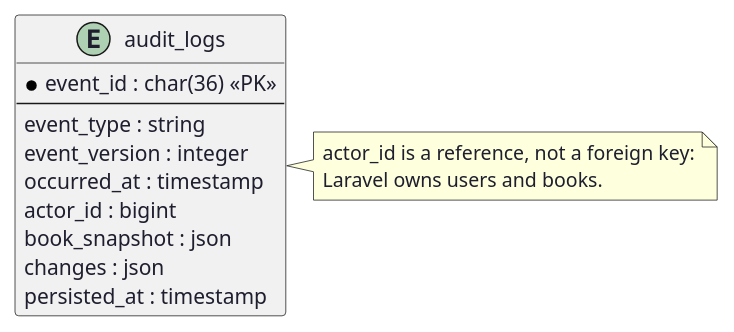
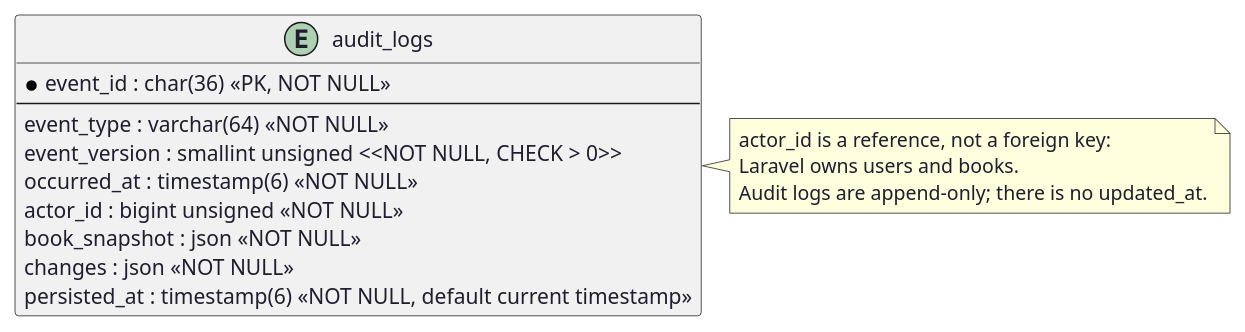
One commit to gdpe-franco/book-management-system changed the fourth of 4 diagrams in ARCHITECTURE.md. Above: the diagram before and after it, drawn with PlantUML. The commit also changed other lines of this file and 15 other files, not shown here.

Commit message:
feat: add audit log schema

````diff
--- a/ARCHITECTURE.md
+++ b/ARCHITECTURE.md
@@ -130,28 +130,29 @@
 ```plantuml
 @startuml AuditDatabase
 !pragma layout smetana
 skinparam backgroundColor #FFFFFF
 skinparam shadowing false
 skinparam defaultFontColor #1E1E2E
 skinparam entity {
   BorderColor #45475A
   FontColor #FFFFFF
   BackgroundColor #6B7280
 }
 entity audit_logs {
-  * event_id : char(36) <<PK>>
+  * event_id : char(36) <<PK, NOT NULL>>
   --
-  event_type : string
-  event_version : integer
-  occurred_at : timestamp
-  actor_id : bigint
-  book_snapshot : json
-  changes : json
-  persisted_at : timestamp
+  event_type : varchar(64) <<NOT NULL>>
+  event_version : smallint unsigned <<NOT NULL, CHECK > 0>>
+  occurred_at : timestamp(6) <<NOT NULL>>
+  actor_id : bigint unsigned <<NOT NULL>>
+  book_snapshot : json <<NOT NULL>>
+  changes : json <<NOT NULL>>
+  persisted_at : timestamp(6) <<NOT NULL, default current timestamp>>
 }
 note right of audit_logs
   actor_id is a reference, not a foreign key:
   Laravel owns users and books.
+  Audit logs are append-only; there is no updated_at.
 end note
 @enduml
 ```
````
